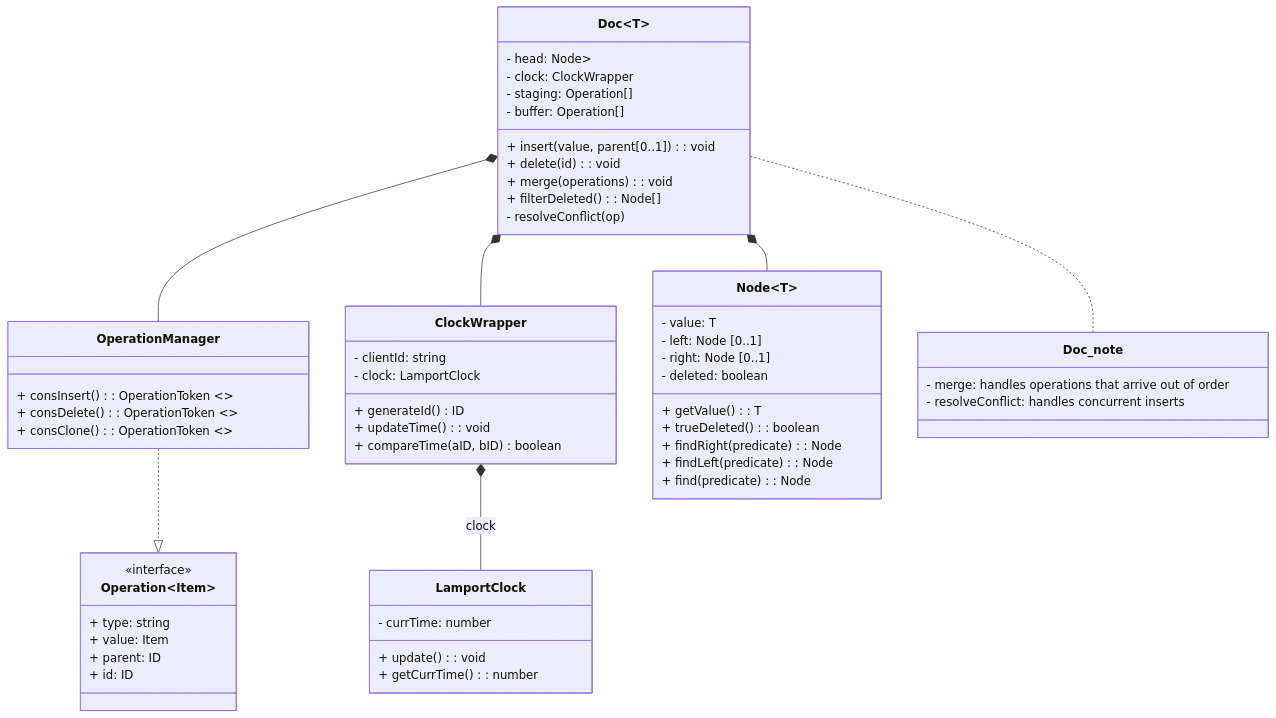
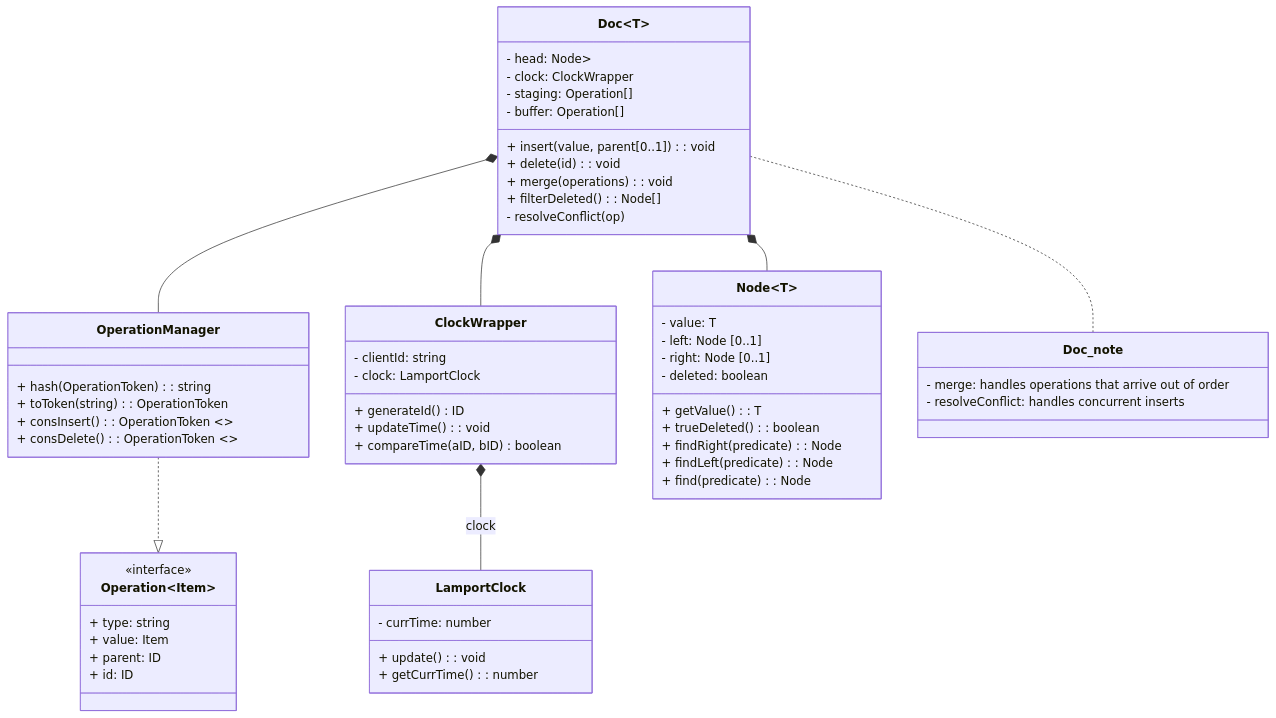
Before and after one commit to isaiahchan1405/CRDT-RGA: the diagram in notes/UML.md, drawn with Mermaid. The commit also changed 5 other files, not shown here.

````diff
--- a/notes/UML.md
+++ b/notes/UML.md
@@ -1,67 +1,68 @@
 ```mermaid
 classDiagram
     class LamportClock {
         - currTime: number
         + update(): void
         + getCurrTime(): number
     }
 
     class ClockWrapper {
         - clientId: string
         - clock: LamportClock
         + generateId() ID
         + updateTime(): void
         + compareTime(aID, bID) boolean 
     }
     
     class Operation~Item~ {
         <<interface>>
         + type: string
         + value: Item
         + parent: ID
         + id: ID
     }
 
     class OperationManager {
+        + hash(OperationToken): string
+        + toToken(string): OperationToken
         + consInsert(): OperationToken <<static>>
         + consDelete(): OperationToken <<static>>
-        + consClone(): OperationToken <<static>>
     }
 
     class Node~T~ {
         - value: T
         - left: Node<T> [0..1]
         - right: Node<T> [0..1]
         - deleted: boolean
         + getValue(): T
         + trueDeleted(): boolean
         + findRight(predicate): Node<T>
         + findLeft(predicate): Node<T>
         + find(predicate): Node<T>
     }
 
     class Doc~T~ {
         - head: Node<Operation<T>>
         - clock: ClockWrapper
         - staging: Operation<T>[]
         - buffer: Operation<T>[]
         + insert(value, parent[0..1]): void
         + delete(id): void
         + merge(operations): void
         + filterDeleted(): Node[]
         - resolveConflict(op)
     }
 
     class Doc_note {
         - merge: handles operations that arrive out of order
         - resolveConflict: handles concurrent inserts
     }
 
     ClockWrapper *-- LamportClock : clock
     OperationManager ..|> Operation
     Doc~T~ .. Doc_note
     Doc~T~ *-- Node~T~
     Doc~T~ *-- OperationManager
     Doc~T~ *-- ClockWrapper
 
 ```
````
